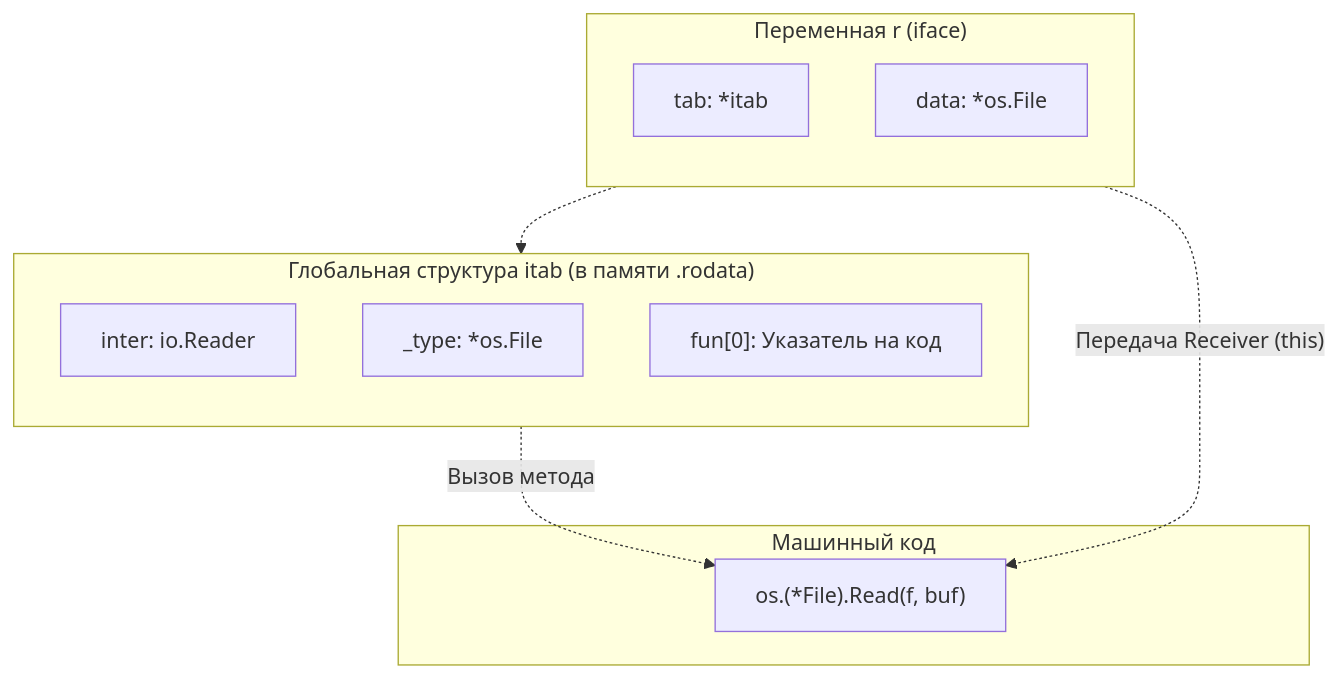
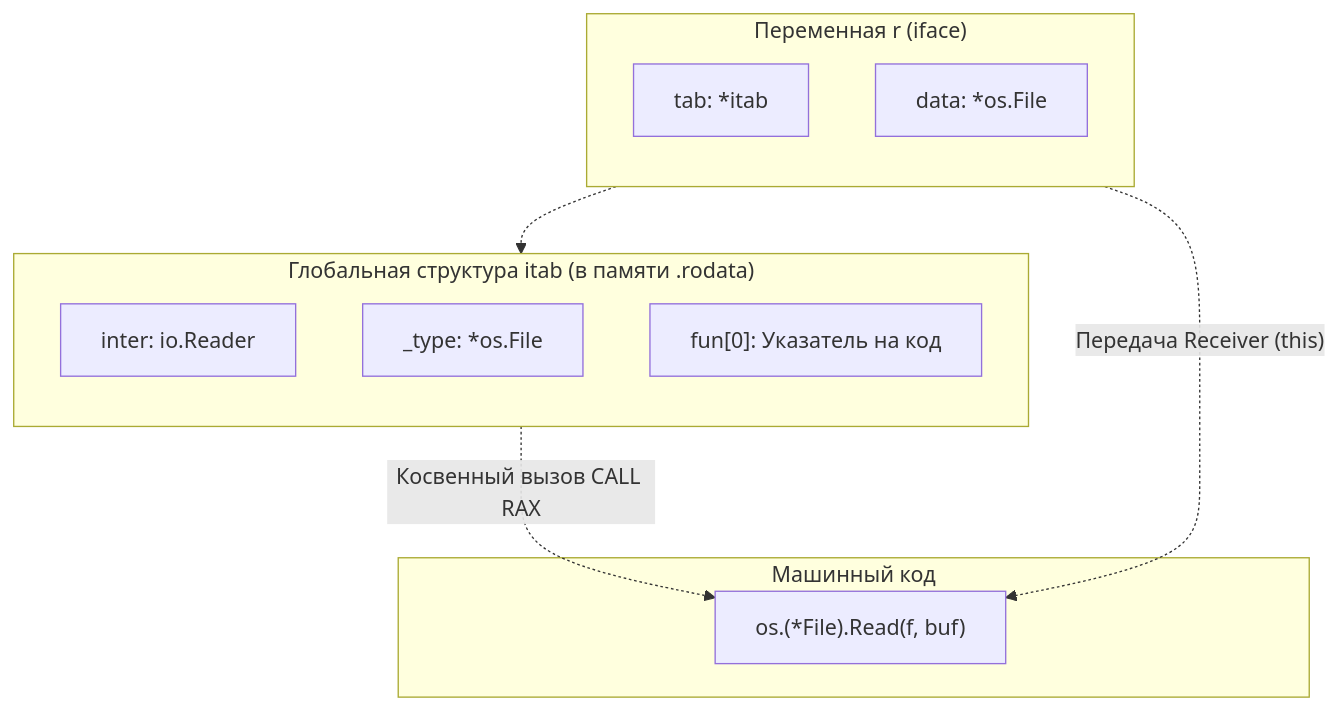
Before and after one commit to UnrealTemplier/go-textbook: the second of 3 diagrams in sources/7. Глубокий Go (Внутреннее устройство)/35. Интерфейсы под капотом. eface и iface.md, drawn with Mermaid. The commit also changed other lines of this file, not shown here.

````diff
--- a/sources/7. Глубокий Go (Внутреннее устройство)/35. Интерфейсы под капотом. eface и iface.md
+++ b/sources/7. Глубокий Go (Внутреннее устройство)/35. Интерфейсы под капотом. eface и iface.md
@@ -115,23 +126,23 @@
 ```mermaid
 flowchart TD
     subgraph IFACE ["Переменная r (iface)"]
         direction TB
         TAB["tab: *itab"]
         DATA["data: *os.File"]
     end
     
     subgraph ITAB ["Глобальная структура itab (в памяти .rodata)"]
         direction TB
         ITYPE["inter: io.Reader"]
         CTYPE["_type: *os.File"]
         FUNCS["fun[0]: Указатель на код"]
     end
     
     subgraph CODE ["Машинный код"]
         METHOD["os.(*File).Read(f, buf)"]
     end
     
     TAB -.-> ITAB
-    FUNCS -.->|"Вызов метода"| METHOD
+    FUNCS -.->|"Косвенный вызов CALL RAX"| METHOD
     DATA -.->|"Передача Receiver (this)"| METHOD
 ```
````
